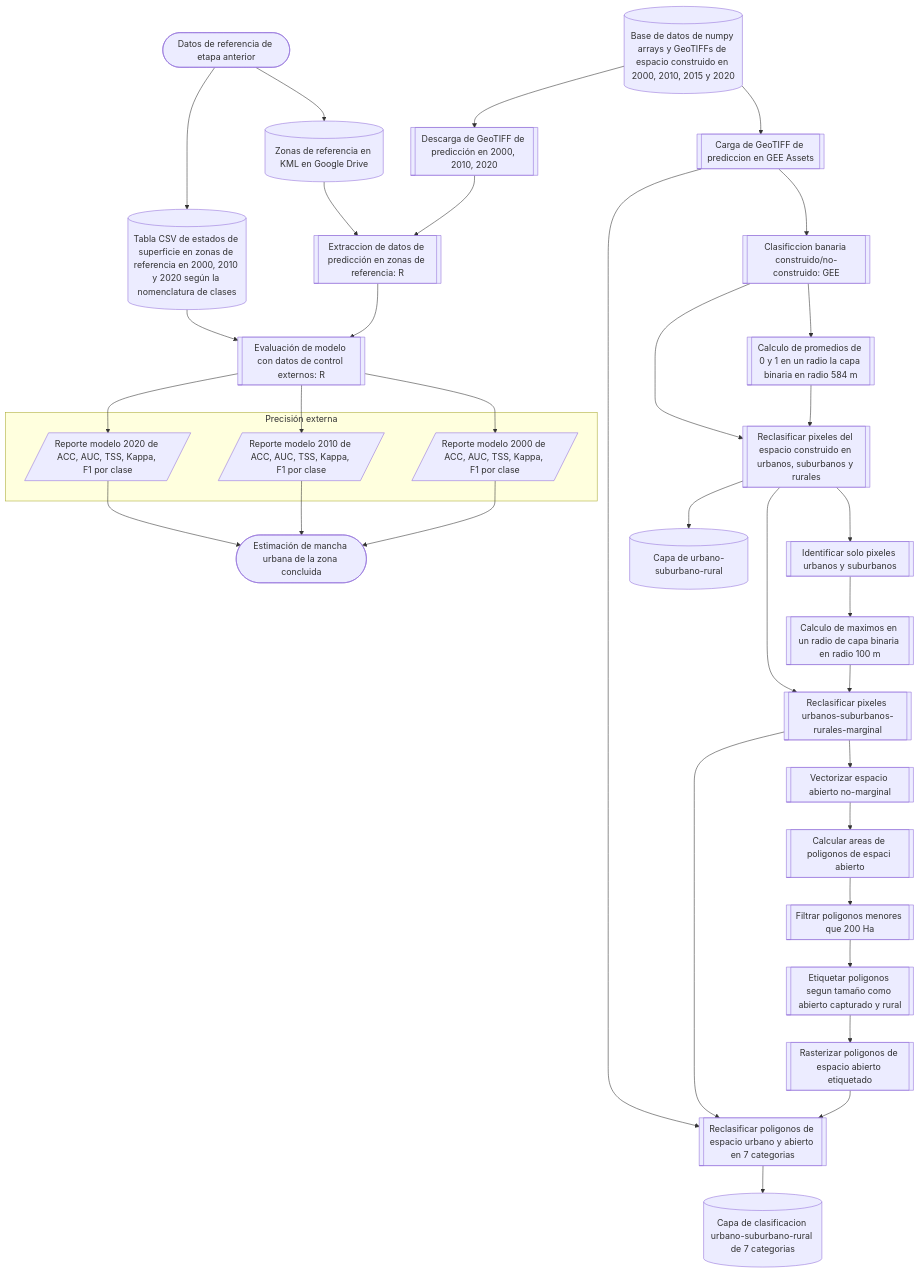
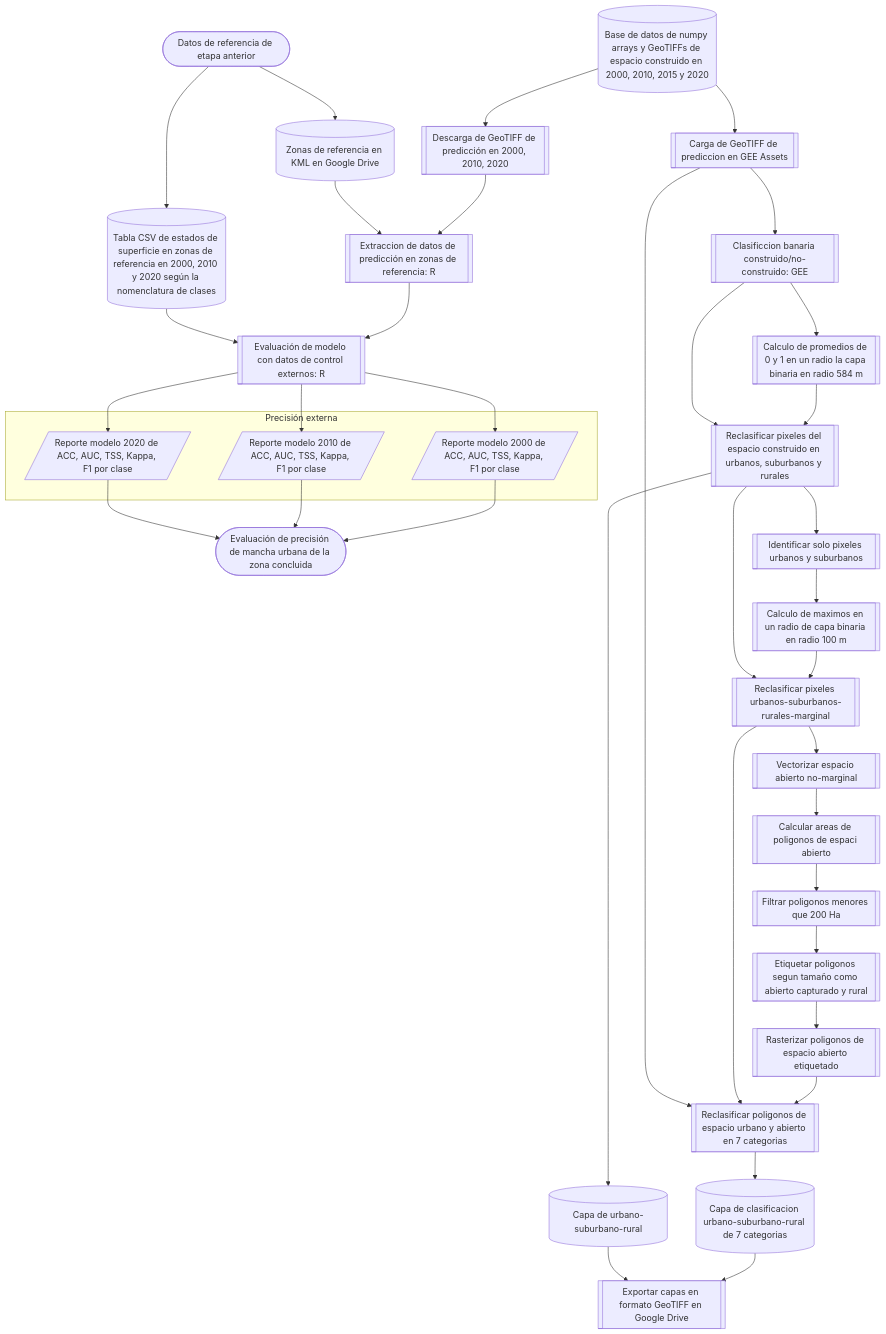
One commit to vshalisko/GEE changed the diagram in AUEM/Esquemas/Esquema_de_procesos_3.mermaid. Above: the diagram before and after it, drawn with Mermaid.

```diff
--- a/AUEM/Esquemas/Esquema_de_procesos_3.mermaid
+++ b/AUEM/Esquemas/Esquema_de_procesos_3.mermaid
@@ -1,50 +1,53 @@
 flowchart TD
   subgraph s1["Precisión externa"]
     Z8A[/Reporte modelo 2020 de ACC, AUC, TSS, Kappa, F1 por clase/]
     Z8B[/Reporte modelo 2010 de ACC, AUC, TSS, Kappa, F1 por clase/]
     Z8C[/Reporte modelo 2000 de ACC, AUC, TSS, Kappa, F1 por clase/]
   end
 
   START2([Datos de referencia de etapa anterior])
   START2-->B6
   START2-->B8
 
   B6[(Zonas de referencia en KML en Google Drive)]
   B6-->Z6
   B8[(Tabla CSV de estados de superficie en zonas de referencia en 2000, 2010 y 2020 según la nomenclatura de clases)]
   B8-->Z7
 
   Z4[(Base de datos de numpy arrays y GeoTIFFs de espacio construido en 2000, 2010, 2015 y 2020)]-->Z5
   Z4-->Z5A
   Z5[[Descarga de GeoTIFF de predicción en 2000, 2010, 2020]]-->Z6
   Z5A[[Carga de GeoTIFF de prediccion en GEE Assets]]-->CLASS1
   Z5A-->CLASS11
 
   Z6[[Extraccion de datos de predicción en zonas de referencia: R]]-->Z7
   Z7[[Evaluación de modelo con datos de control externos: R]]-->Z8A
   Z7-->Z8B
   Z7-->Z8C
   Z8A-->END
   Z8B-->END
   Z8C-->END
 
-  END([Estimación de mancha urbana de la zona concluida])
+  END([Evaluación de precisión de mancha urbana de la zona concluida])
 
   CLASS1[[Clasificcion banaria construido/no-construido: GEE]]-->CLASS2
   CLASS1-->CLASS3
   CLASS2[[Calculo de promedios de 0 y 1 en un radio la capa binaria en radio 584 m]]-->CLASS3
   CLASS3[[Reclasificar pixeles del espacio construido en urbanos, suburbanos y rurales]]-->CLASS4
   CLASS3-->R1
   CLASS3-->CLASS5
   R1[(Capa de urbano-suburbano-rural)]
+  R1-->EXPORT
   CLASS4[[Identificar solo pixeles urbanos y suburbanos]]-->CLASS4A
   CLASS4A[[Calculo de maximos en un radio de capa binaria en radio 100 m]]-->CLASS5
   CLASS5[[Reclasificar pixeles urbanos-suburbanos-rurales-marginal]]-->CLASS6
   CLASS5-->CLASS11
   CLASS6[[Vectorizar espacio abierto no-marginal]]-->CLASS7
   CLASS7[[Calcular areas de poligonos de espaci abierto]]-->CLASS8
   CLASS8[[Filtrar poligonos menores que 200 Ha]]-->CLASS9
   CLASS9[[Etiquetar poligonos segun tamaño como abierto capturado y rural]]-->CLASS10
   CLASS10[[Rasterizar poligonos de espacio abierto etiquetado]]-->CLASS11
   CLASS11[[Reclasificar poligonos de espacio urbano y abierto en 7 categorias]]-->R2
   R2[(Capa de clasificacion urbano-suburbano-rural de 7 categorias)]
+  R2-->EXPORT
+  EXPORT[[Exportar capas en formato GeoTIFF en Google Drive]]
```
